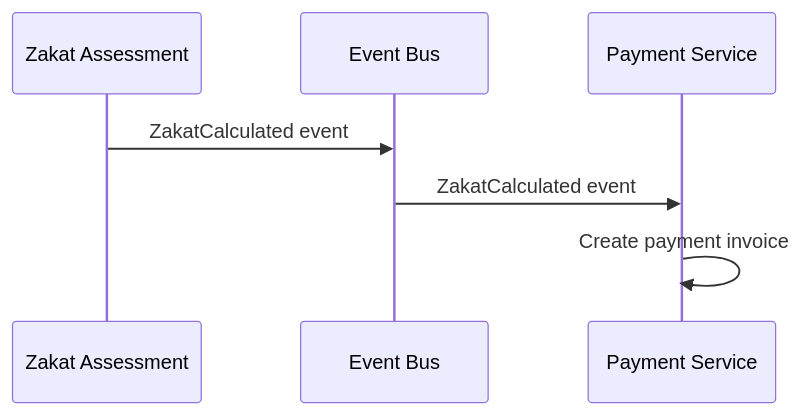
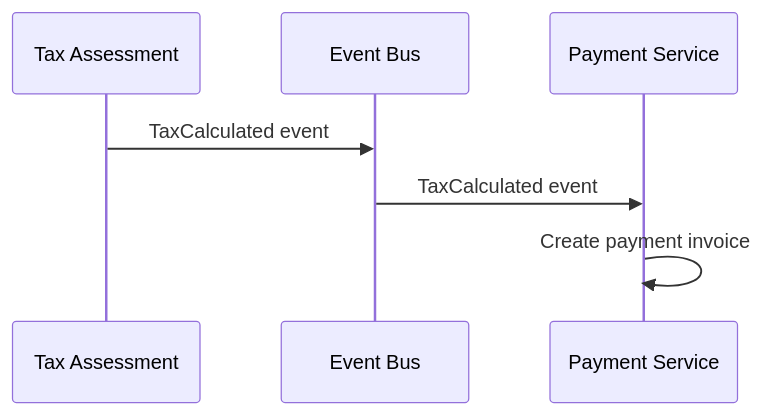
Before and after one commit to wahidyankf/open-sharia-enterprise: diagram 13 of 13 in docs/explanation/software/architecture/domain-driven-design-ddd/ex-so-ar-dodrdedd__17-ddd-and-c4-integration.md, drawn with Mermaid. The commit also changed other lines of this file and 94 other files, not shown here.

````diff
--- a/docs/explanation/software/architecture/domain-driven-design-ddd/ex-so-ar-dodrdedd__17-ddd-and-c4-integration.md
+++ b/docs/explanation/software/architecture/domain-driven-design-ddd/ex-so-ar-dodrdedd__17-ddd-and-c4-integration.md
@@ -731,10 +731,10 @@
 ```mermaid
 sequenceDiagram
-    participant Agg as Zakat Assessment
+    participant Agg as Tax Assessment
     participant Bus as Event Bus
     participant Pay as Payment Service
 
-    Agg->>Bus: ZakatCalculated event
-    Bus->>Pay: ZakatCalculated event
+    Agg->>Bus: TaxCalculated event
+    Bus->>Pay: TaxCalculated event
     Pay->>Pay: Create payment invoice
 ```
````
